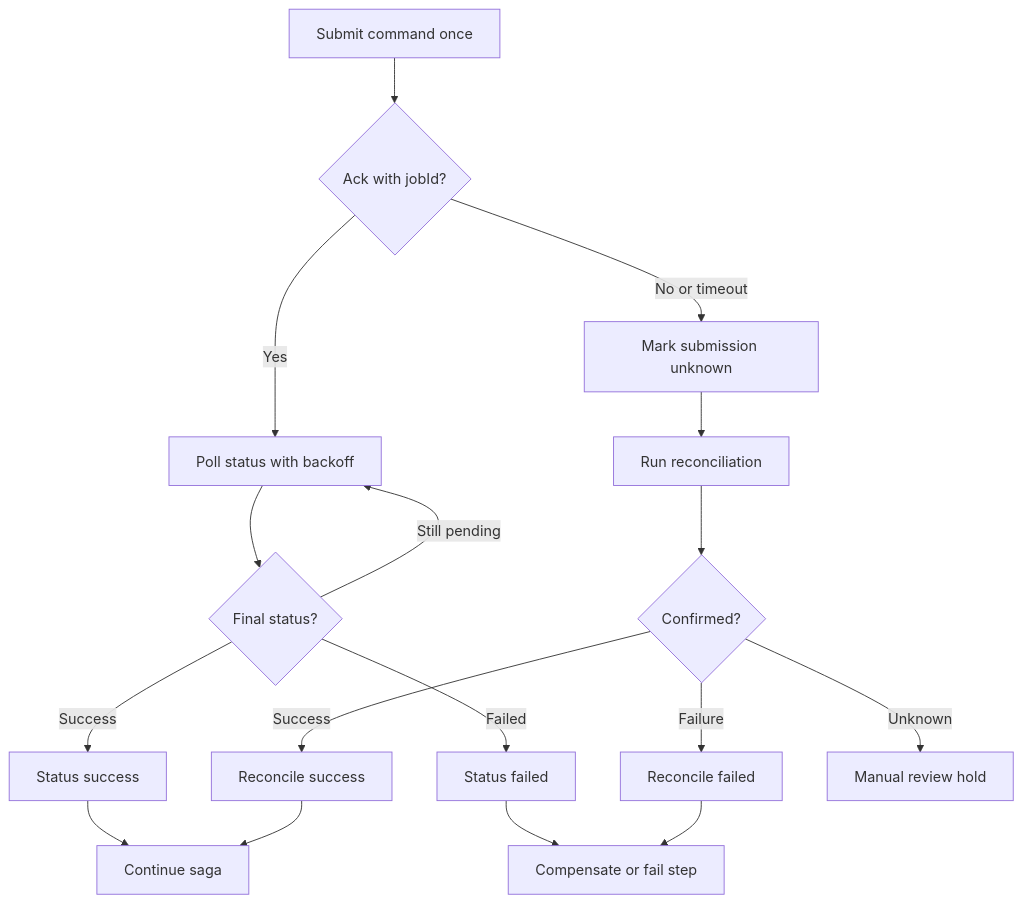
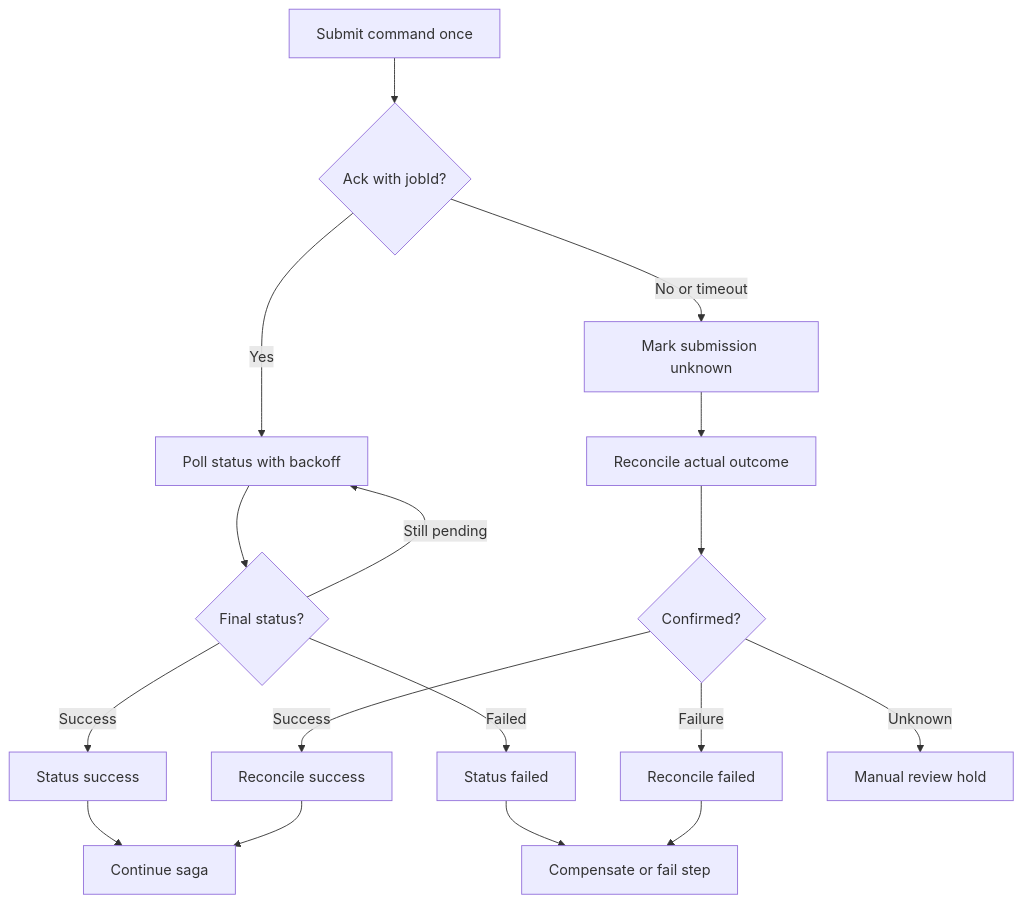
Before and after one commit to gurkanindibay/azure_learning: diagram 27 of 28 in architecture-general/03-integration-communication-architecture/messaging-patterns/messaging-patterns-overview.md, drawn with Mermaid. The commit also changed other lines of this file, not shown here.

Commit message:
Add reconciliation explanation and clarify outcome reconciliation process in Messaging Patterns overview

````diff
--- a/architecture-general/03-integration-communication-architecture/messaging-patterns/messaging-patterns-overview.md
+++ b/architecture-general/03-integration-communication-architecture/messaging-patterns/messaging-patterns-overview.md
@@ -721,19 +729,19 @@
 ```mermaid
 flowchart TD
     A[Submit command once] --> B{Ack with jobId?}
     B -->|Yes| C[Poll status with backoff]
     C --> D{Final status?}
     D -->|Success| H1[Status success]
     D -->|Failed| J1[Status failed]
     D -->|Still pending| C
     B -->|No or timeout| E[Mark submission unknown]
-    E --> F[Run reconciliation]
+    E --> F[Reconcile actual outcome]
     F --> G{Confirmed?}
     G -->|Success| H2[Reconcile success]
     G -->|Failure| J2[Reconcile failed]
     G -->|Unknown| K[Manual review hold]
     H1 --> H[Continue saga]
     H2 --> H
     J1 --> J[Compensate or fail step]
     J2 --> J
 ```
````
